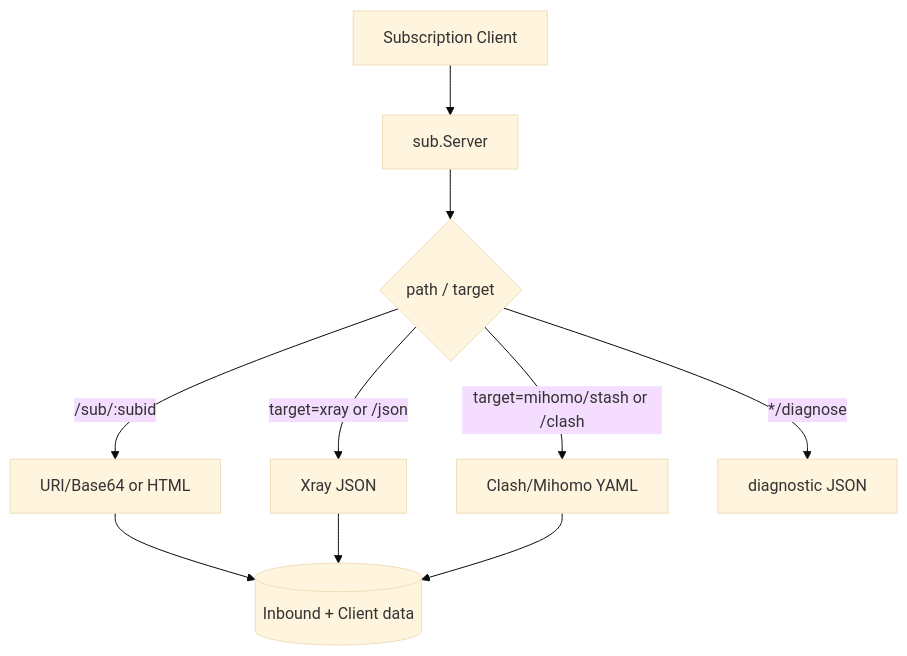
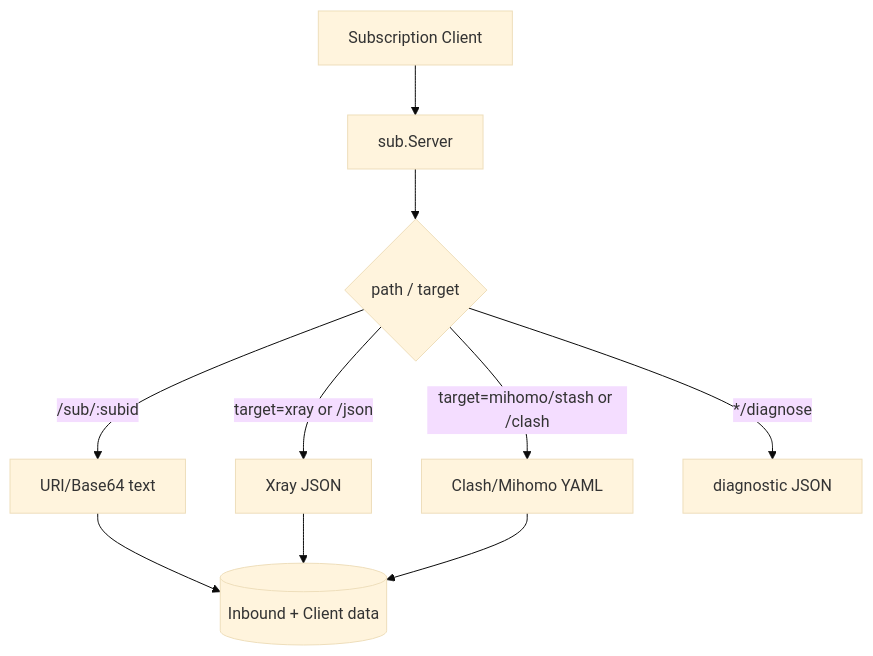
Before and after one commit to superaddmin/SuperXray-gui: the fifth of 5 diagrams in docs/architecture.md, drawn with Mermaid (base theme). The commit also changed other lines of this file and 26 other files, not shown here.

````diff
--- a/docs/architecture.md
+++ b/docs/architecture.md
@@ -281,12 +292,12 @@
 ```mermaid
 flowchart TD
     CLIENT[Subscription Client] --> SUB[sub.Server]
     SUB --> ROUTE{path / target}
-    ROUTE -->|/sub/:subid| URI[URI/Base64 or HTML]
+    ROUTE -->|/sub/:subid| URI[URI/Base64 text]
     ROUTE -->|target=xray or /json| JSON[Xray JSON]
     ROUTE -->|target=mihomo/stash or /clash| CLASH[Clash/Mihomo YAML]
     ROUTE -->|*/diagnose| DIAG[diagnostic JSON]
     URI --> DB[(Inbound + Client data)]
     JSON --> DB
     CLASH --> DB
 ```
````
